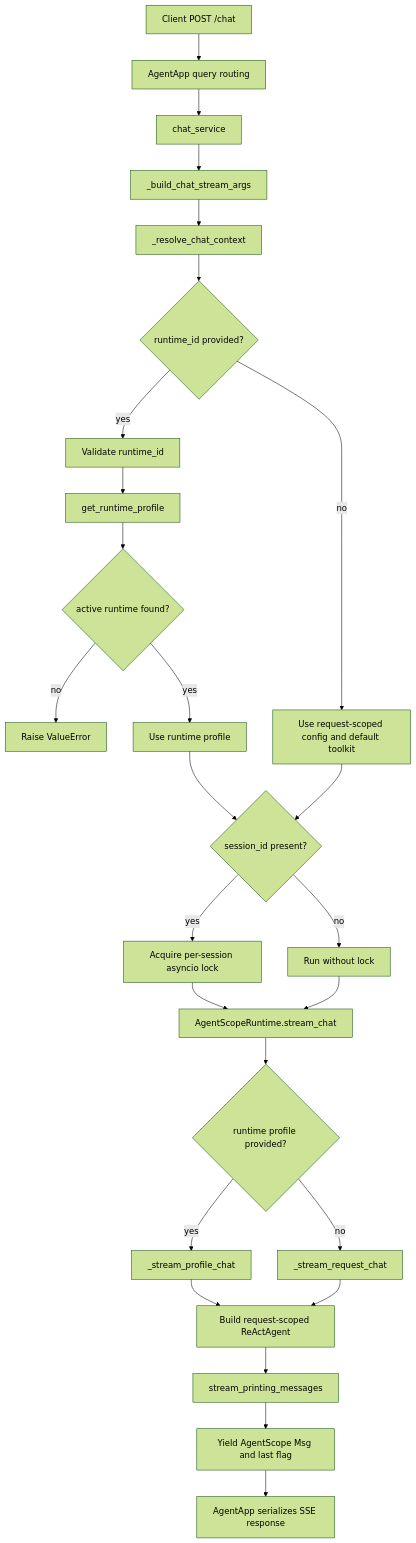
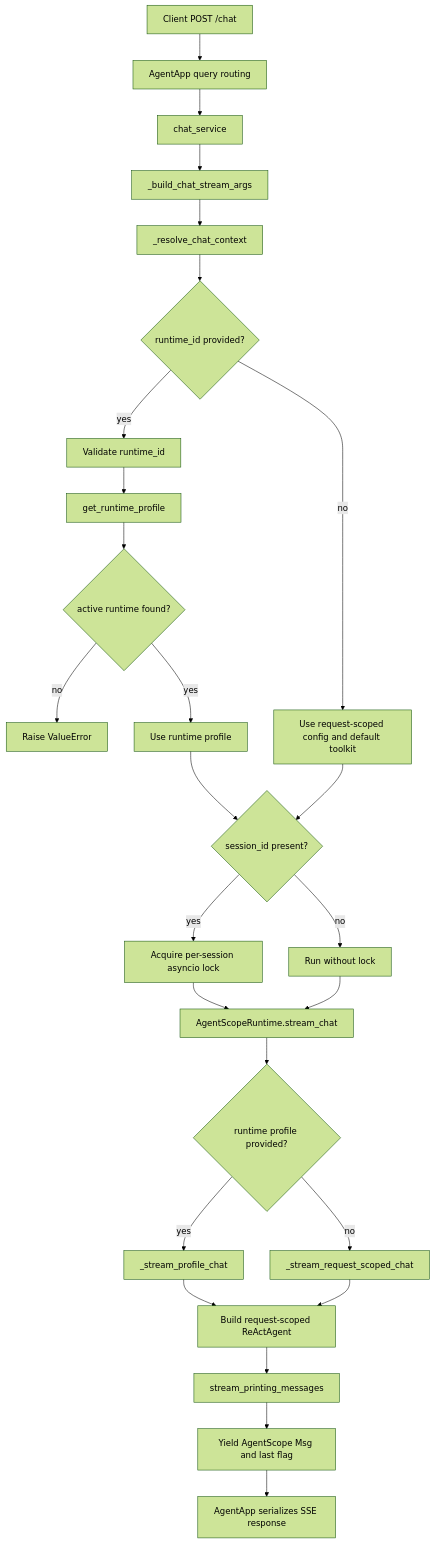
Before and after one commit to mooneclipsed/myagent: the third of 4 diagrams in docs/architecture.md, drawn with Mermaid (forest theme). The commit also changed other lines of this file and 11 other files, not shown here.

````diff
--- a/docs/architecture.md
+++ b/docs/architecture.md
@@ -178,28 +178,28 @@
 ```mermaid
 flowchart TD
     A[Client POST /chat] --> B[AgentApp query routing]
     B --> C[chat_service]
     C --> D[_build_chat_stream_args]
     D --> E[_resolve_chat_context]
     E --> F{runtime_id provided?}
     F -- yes --> G[Validate runtime_id]
     G --> H[get_runtime_profile]
     H --> I{active runtime found?}
     I -- no --> J[Raise ValueError]
     I -- yes --> K[Use runtime profile]
     F -- no --> L[Use request-scoped config and default toolkit]
     K --> M{session_id present?}
     L --> M
     M -- yes --> N[Acquire per-session asyncio lock]
     M -- no --> O[Run without lock]
     N --> P[AgentScopeRuntime.stream_chat]
     O --> P
     P --> Q{runtime profile provided?}
     Q -- yes --> R[_stream_profile_chat]
-    Q -- no --> S[_stream_request_chat]
+    Q -- no --> S[_stream_request_scoped_chat]
     R --> T[Build request-scoped ReActAgent]
     S --> T
     T --> U[stream_printing_messages]
     U --> V[Yield AgentScope Msg and last flag]
     V --> W[AgentApp serializes SSE response]
 ```
````
